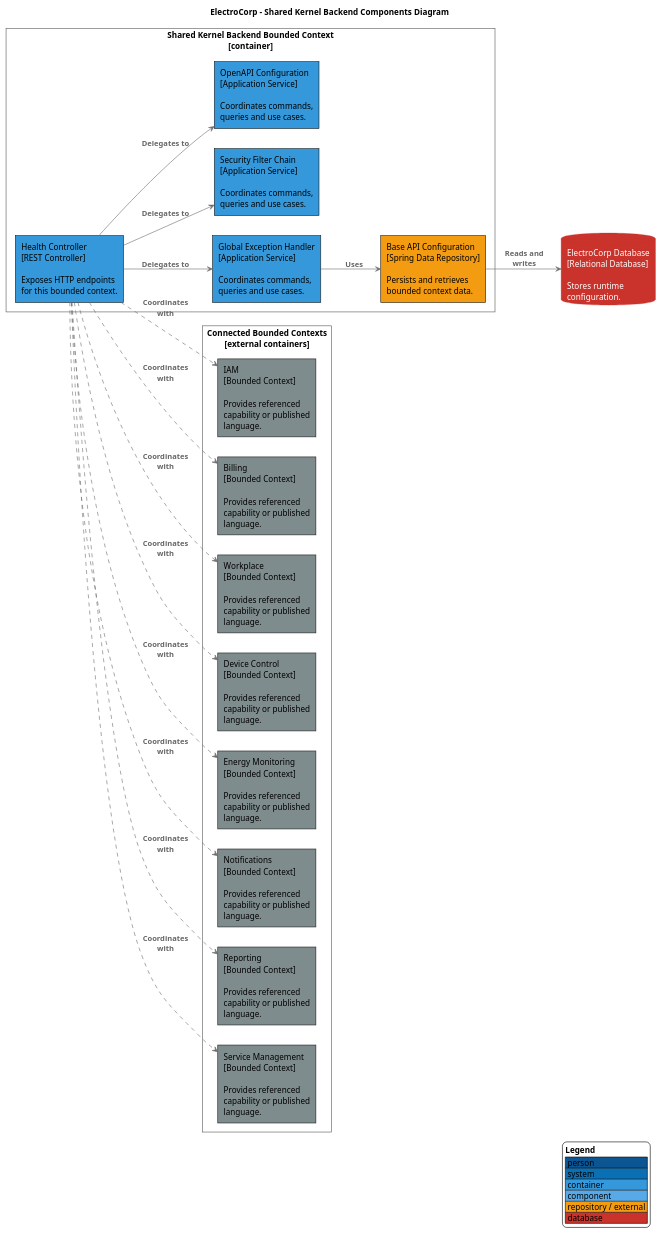
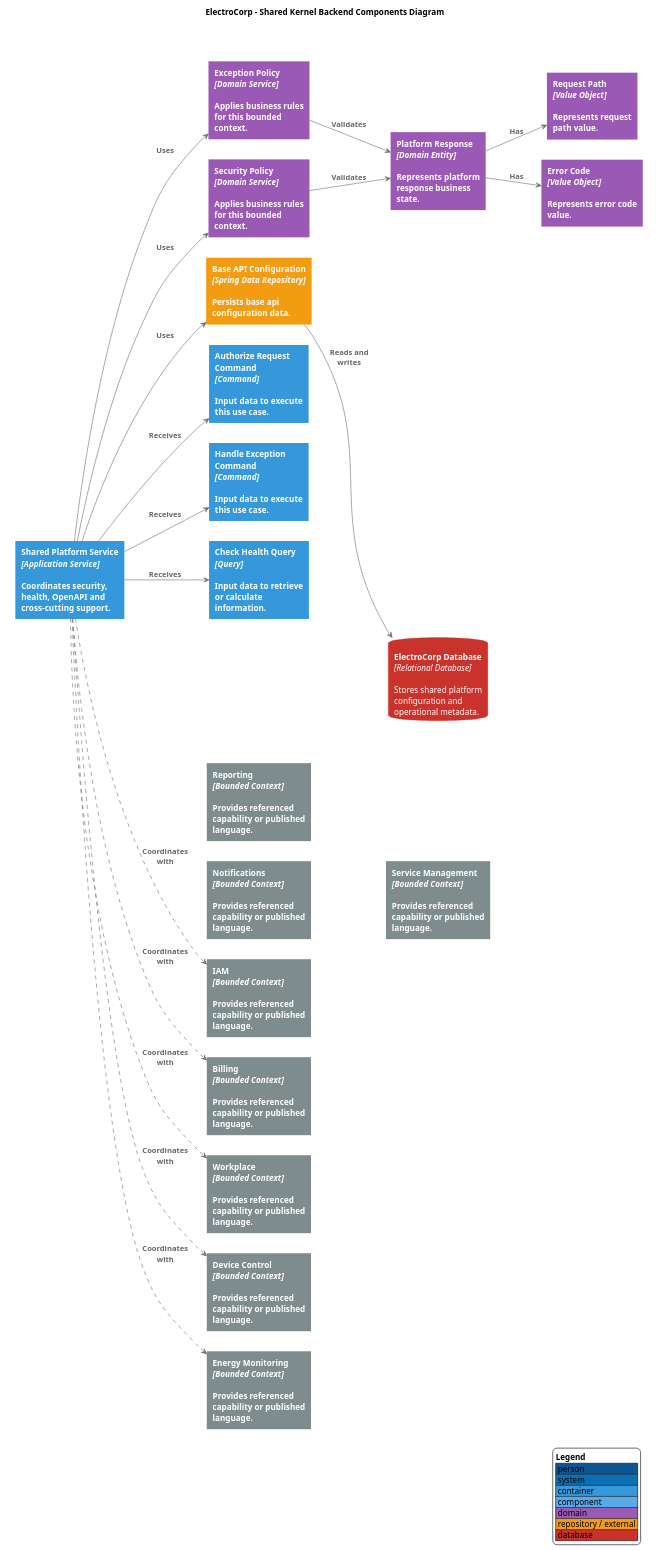
Before and after one commit to upc-pre-202610-1asi0729-11896-ecorp/electrocorp-report: the diagram in docs/diagrams/components/backend/bounded-contexts/shared-kernel-backend-components.puml, drawn with PlantUML. The commit also changed 22 other files, not shown here.

Commit message:
style(docs): redesign c4 diagrams with visual ui layout

```diff
--- a/docs/diagrams/components/backend/bounded-contexts/shared-kernel-backend-components.puml
+++ b/docs/diagrams/components/backend/bounded-contexts/shared-kernel-backend-components.puml
@@ -1,65 +1,75 @@
 @startuml
 skinparam backgroundColor #FFFFFF
 skinparam shadowing false
 skinparam defaultFontName Arial
-skinparam wrapWidth 180
+skinparam wrapWidth 170
 skinparam maxMessageSize 90
 skinparam ArrowColor #6B6B6B
 skinparam ArrowFontColor #666666
 skinparam ArrowFontStyle bold
 skinparam rectangleRoundCorner 0
-skinparam rectangleBorderThickness 1
+skinparam rectangleBorderThickness 0
+skinparam rectangleFontColor #FFFFFF
+skinparam rectangleFontStyle bold
 skinparam packageStyle rectangle
 skinparam packageBorderColor #555555
 skinparam packageBackgroundColor transparent
 skinparam packageFontColor #444444
 skinparam packageFontStyle bold
 skinparam databaseBackgroundColor #C9332B
 skinparam databaseBorderColor #C9332B
 skinparam databaseFontColor #FFFFFF
 hide stereotype
 title ElectroCorp - Shared Kernel Backend Components Diagram
 left to right direction
 
-
 package "Shared Kernel Backend Bounded Context\n[container]" {
-  rectangle "Health Controller\n[REST Controller]\n\nExposes HTTP endpoints for this bounded context." as B0 #3498DB
-  rectangle "Global Exception Handler\n[Application Service]\n\nCoordinates commands, queries and use cases." as B1 #3498DB
-  rectangle "Security Filter Chain\n[Application Service]\n\nCoordinates commands, queries and use cases." as B2 #3498DB
-  rectangle "OpenAPI Configuration\n[Application Service]\n\nCoordinates commands, queries and use cases." as B3 #3498DB
-  rectangle "Base API Configuration\n[Spring Data Repository]\n\nPersists and retrieves bounded context data." as R0 #F39C12
+  rectangle "<b>Shared Platform Service</b>\n<i>[Application Service]</i>\n\nCoordinates security, health, OpenAPI and cross-cutting support." as Service #3498DB
+  rectangle "<b>Check Health Query</b>\n<i>[Query]</i>\n\nInput data to retrieve or calculate information." as C0 #3498DB
+  rectangle "<b>Handle Exception Command</b>\n<i>[Command]</i>\n\nInput data to execute this use case." as C1 #3498DB
+  rectangle "<b>Authorize Request Command</b>\n<i>[Command]</i>\n\nInput data to execute this use case." as C2 #3498DB
+  rectangle "<b>Security Policy</b>\n<i>[Domain Service]</i>\n\nApplies business rules for this bounded context." as D0 #9B59B6
+  rectangle "<b>Exception Policy</b>\n<i>[Domain Service]</i>\n\nApplies business rules for this bounded context." as D1 #9B59B6
+  rectangle "<b>Platform Response</b>\n<i>[Domain Entity]</i>\n\nRepresents platform response business state." as E0 #9B59B6
+  rectangle "<b>Error Code</b>\n<i>[Value Object]</i>\n\nRepresents error code value." as V0 #9B59B6
+  rectangle "<b>Request Path</b>\n<i>[Value Object]</i>\n\nRepresents request path value." as V1 #9B59B6
+  rectangle "<b>Base API Configuration</b>\n<i>[Spring Data Repository]</i>\n\nPersists base api configuration data." as R0 #F39C12
 }
-database "ElectroCorp Database\n[Relational Database]\n\nStores runtime configuration." as Database
+database "<b>ElectroCorp Database</b>\n<i>[Relational Database]</i>\n\nStores shared platform configuration and operational metadata." as Database
 package "Connected Bounded Contexts\n[external containers]" {
-  rectangle "IAM\n[Bounded Context]\n\nProvides referenced capability or published language." as Dep0 #7F8C8D
-  rectangle "Billing\n[Bounded Context]\n\nProvides referenced capability or published language." as Dep1 #7F8C8D
-  rectangle "Workplace\n[Bounded Context]\n\nProvides referenced capability or published language." as Dep2 #7F8C8D
-  rectangle "Device Control\n[Bounded Context]\n\nProvides referenced capability or published language." as Dep3 #7F8C8D
-  rectangle "Energy Monitoring\n[Bounded Context]\n\nProvides referenced capability or published language." as Dep4 #7F8C8D
-  rectangle "Notifications\n[Bounded Context]\n\nProvides referenced capability or published language." as Dep5 #7F8C8D
-  rectangle "Reporting\n[Bounded Context]\n\nProvides referenced capability or published language." as Dep6 #7F8C8D
-  rectangle "Service Management\n[Bounded Context]\n\nProvides referenced capability or published language." as Dep7 #7F8C8D
+  rectangle "<b>IAM</b>\n<i>[Bounded Context]</i>\n\nProvides referenced capability or published language." as Dep0 #7F8C8D
+  rectangle "<b>Billing</b>\n<i>[Bounded Context]</i>\n\nProvides referenced capability or published language." as Dep1 #7F8C8D
+  rectangle "<b>Workplace</b>\n<i>[Bounded Context]</i>\n\nProvides referenced capability or published language." as Dep2 #7F8C8D
+  rectangle "<b>Device Control</b>\n<i>[Bounded Context]</i>\n\nProvides referenced capability or published language." as Dep3 #7F8C8D
+  rectangle "<b>Energy Monitoring</b>\n<i>[Bounded Context]</i>\n\nProvides referenced capability or published language." as Dep4 #7F8C8D
+  rectangle "<b>Notifications</b>\n<i>[Bounded Context]</i>\n\nProvides referenced capability or published language." as Dep5 #7F8C8D
+  rectangle "<b>Reporting</b>\n<i>[Bounded Context]</i>\n\nProvides referenced capability or published language." as Dep6 #7F8C8D
+  rectangle "<b>Service Management</b>\n<i>[Bounded Context]</i>\n\nProvides referenced capability or published language." as Dep7 #7F8C8D
 }
-B0 --> B1 : Delegates to
-B0 --> B2 : Delegates to
-B0 --> B3 : Delegates to
-B1 --> R0 : Uses
+Service --> C0 : Receives
+Service --> C1 : Receives
+Service --> C2 : Receives
+Service --> D0 : Uses
+Service --> D1 : Uses
+Service --> R0 : Uses
+D0 --> E0 : Validates
+D1 --> E0 : Validates
+E0 --> V0 : Has
+E0 --> V1 : Has
 R0 --> Database : Reads and writes
-B0 ..> Dep0 : Coordinates with
-B0 ..> Dep1 : Coordinates with
-B0 ..> Dep2 : Coordinates with
-B0 ..> Dep3 : Coordinates with
-B0 ..> Dep4 : Coordinates with
-B0 ..> Dep5 : Coordinates with
-B0 ..> Dep6 : Coordinates with
-B0 ..> Dep7 : Coordinates with
+Service ..> Dep0 : Coordinates with
+Service ..> Dep1 : Coordinates with
+Service ..> Dep2 : Coordinates with
+Service ..> Dep3 : Coordinates with
+Service ..> Dep4 : Coordinates with
 legend right
   <b>Legend</b>
   |<#0B5593> person |
   |<#0B6FB3> system |
   |<#3498DB> container |
   |<#58A9E8> component |
+  |<#9B59B6> domain |
   |<#F39C12> repository / external |
   |<#C9332B> database |
 endlegend
 @enduml
```
